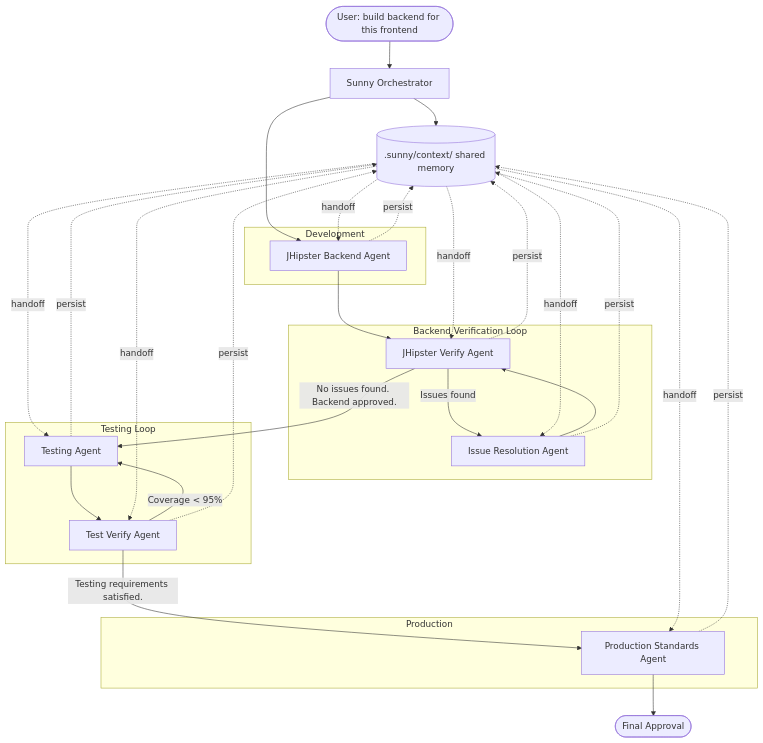
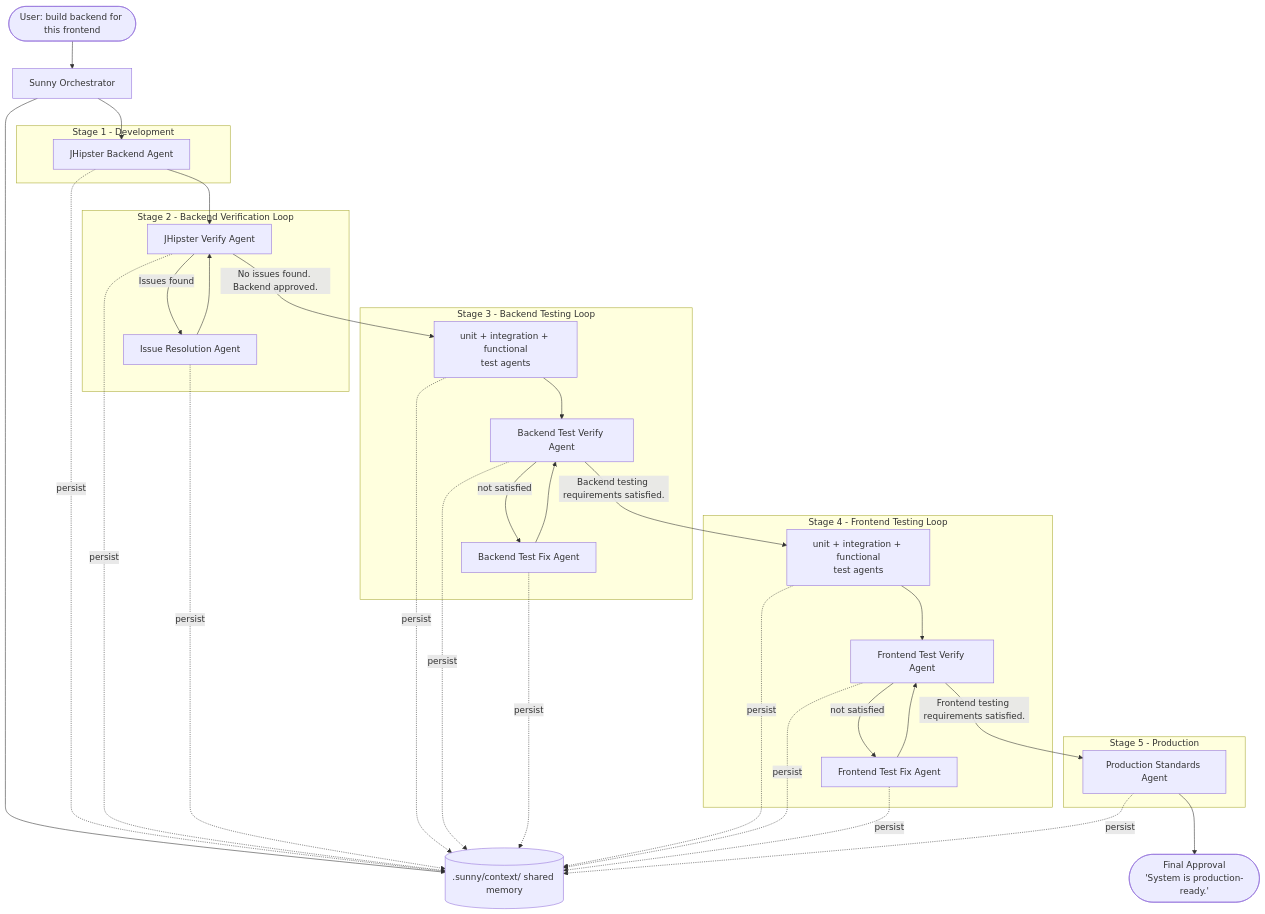
One commit to priyam-qo-box/agents changed the first of 2 diagrams in .cursor/agents/README.md. Above: the diagram before and after it, drawn with Mermaid. The commit also changed other lines of this file and 18 other files, not shown here.

First line of the commit message:
Add README and agent documentation for Sunny multi-agent system

````diff
--- a/.cursor/agents/README.md
+++ b/.cursor/agents/README.md
@@ -45,43 +53,52 @@
 ```mermaid
 flowchart TD
     User([User: build backend for this frontend]) --> Sunny[Sunny Orchestrator]
     Sunny --> Ctx[(".sunny/context/ shared memory")]
 
-    subgraph dev [Development]
+    subgraph dev [Stage 1 - Development]
         BE[JHipster Backend Agent]
     end
-    subgraph verify [Backend Verification Loop]
+    subgraph verify [Stage 2 - Backend Verification Loop]
         VER[JHipster Verify Agent]
         FIX[Issue Resolution Agent]
     end
-    subgraph test [Testing Loop]
-        TEST[Testing Agent]
-        TVER[Test Verify Agent]
+    subgraph btest [Stage 3 - Backend Testing Loop]
+        BGEN["unit + integration + functional<br/>test agents"]
+        BTV[Backend Test Verify Agent]
+        BTF[Backend Test Fix Agent]
     end
-    subgraph prod [Production]
+    subgraph ftest [Stage 4 - Frontend Testing Loop]
+        FGEN["unit + integration + functional<br/>test agents"]
+        FTV[Frontend Test Verify Agent]
+        FTF[Frontend Test Fix Agent]
+    end
+    subgraph prod [Stage 5 - Production]
         PROD[Production Standards Agent]
     end
 
     Sunny --> BE
     BE --> VER
     VER -->|"Issues found"| FIX
     FIX --> VER
-    VER -->|"No issues found. Backend approved."| TEST
-    TEST --> TVER
-    TVER -->|"Coverage < 95%"| TEST
-    TVER -->|"Testing requirements satisfied."| PROD
-    PROD --> Final([Final Approval])
+    VER -->|"No issues found. Backend approved."| BGEN
+    BGEN --> BTV
+    BTV -->|"not satisfied"| BTF
+    BTF --> BTV
+    BTV -->|"Backend testing requirements satisfied."| FGEN
+    FGEN --> FTV
+    FTV -->|"not satisfied"| FTF
+    FTF --> FTV
+    FTV -->|"Frontend testing requirements satisfied."| PROD
+    PROD --> Final(["Final Approval<br/>'System is production-ready.'"])
 
     BE -.persist.-> Ctx
     VER -.persist.-> Ctx
     FIX -.persist.-> Ctx
-    TEST -.persist.-> Ctx
-    TVER -.persist.-> Ctx
+    BGEN -.persist.-> Ctx
+    BTV -.persist.-> Ctx
+    BTF -.persist.-> Ctx
+    FGEN -.persist.-> Ctx
+    FTV -.persist.-> Ctx
+    FTF -.persist.-> Ctx
     PROD -.persist.-> Ctx
-    Ctx -.handoff.-> BE
-    Ctx -.handoff.-> VER
-    Ctx -.handoff.-> FIX
-    Ctx -.handoff.-> TEST
-    Ctx -.handoff.-> TVER
-    Ctx -.handoff.-> PROD
 ```
````
